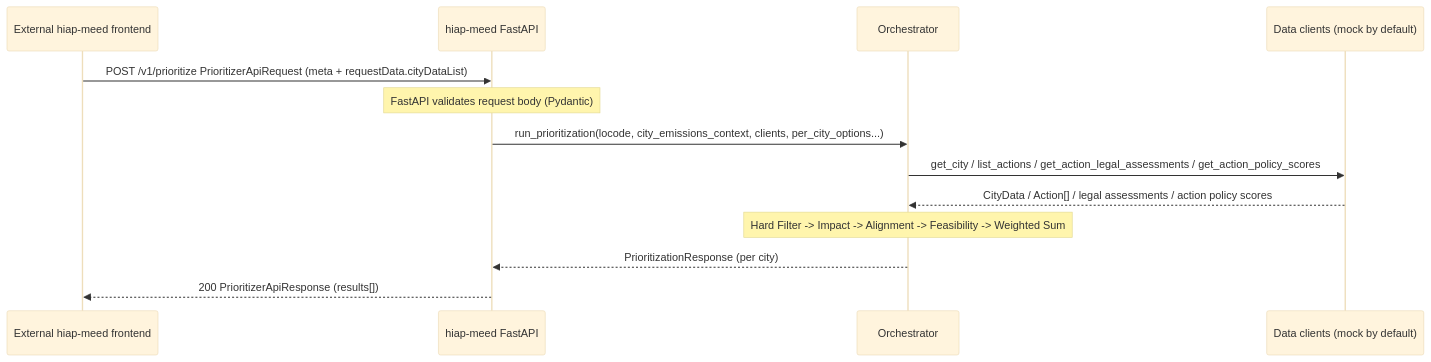
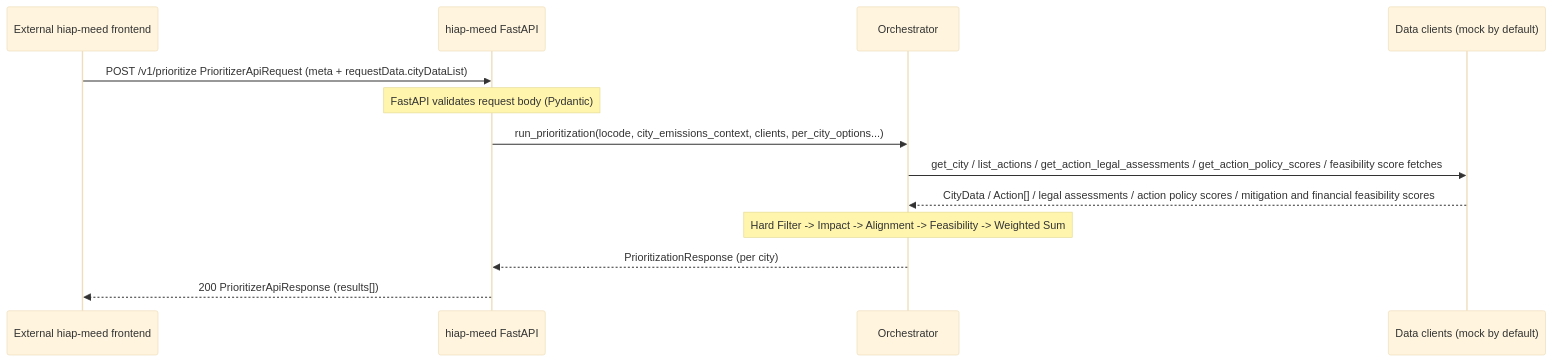
The second of 2 diagrams in hiap-meed/docs/service-architecture.md (Open-Earth-Foundation/CityCatalyst), drawn with Mermaid (base theme) before and after one commit. The commit also changed other lines of this file and 24 other files, not shown here.

````diff
--- a/hiap-meed/docs/service-architecture.md
+++ b/hiap-meed/docs/service-architecture.md
@@ -104,16 +114,16 @@
 ```mermaid
 sequenceDiagram
     participant FE as External hiap-meed frontend
     participant API as hiap-meed FastAPI
     participant Orch as Orchestrator
     participant Clients as Data clients (mock by default)
 
     FE->>API: POST /v1/prioritize PrioritizerApiRequest (meta + requestData.cityDataList)
     Note over API: FastAPI validates request body (Pydantic)
     API->>Orch: run_prioritization(locode, city_emissions_context, clients, per_city_options...)
-    Orch->>Clients: get_city / list_actions / get_action_legal_assessments / get_action_policy_scores
-    Clients-->>Orch: CityData / Action[] / legal assessments / action policy scores
+    Orch->>Clients: get_city / list_actions / get_action_legal_assessments / get_action_policy_scores / feasibility score fetches
+    Clients-->>Orch: CityData / Action[] / legal assessments / action policy scores / mitigation and financial feasibility scores
     Note over Orch: Hard Filter -> Impact -> Alignment -> Feasibility -> Weighted Sum
     Orch-->>API: PrioritizationResponse (per city)
     API-->>FE: 200 PrioritizerApiResponse (results[])
 ```
````
